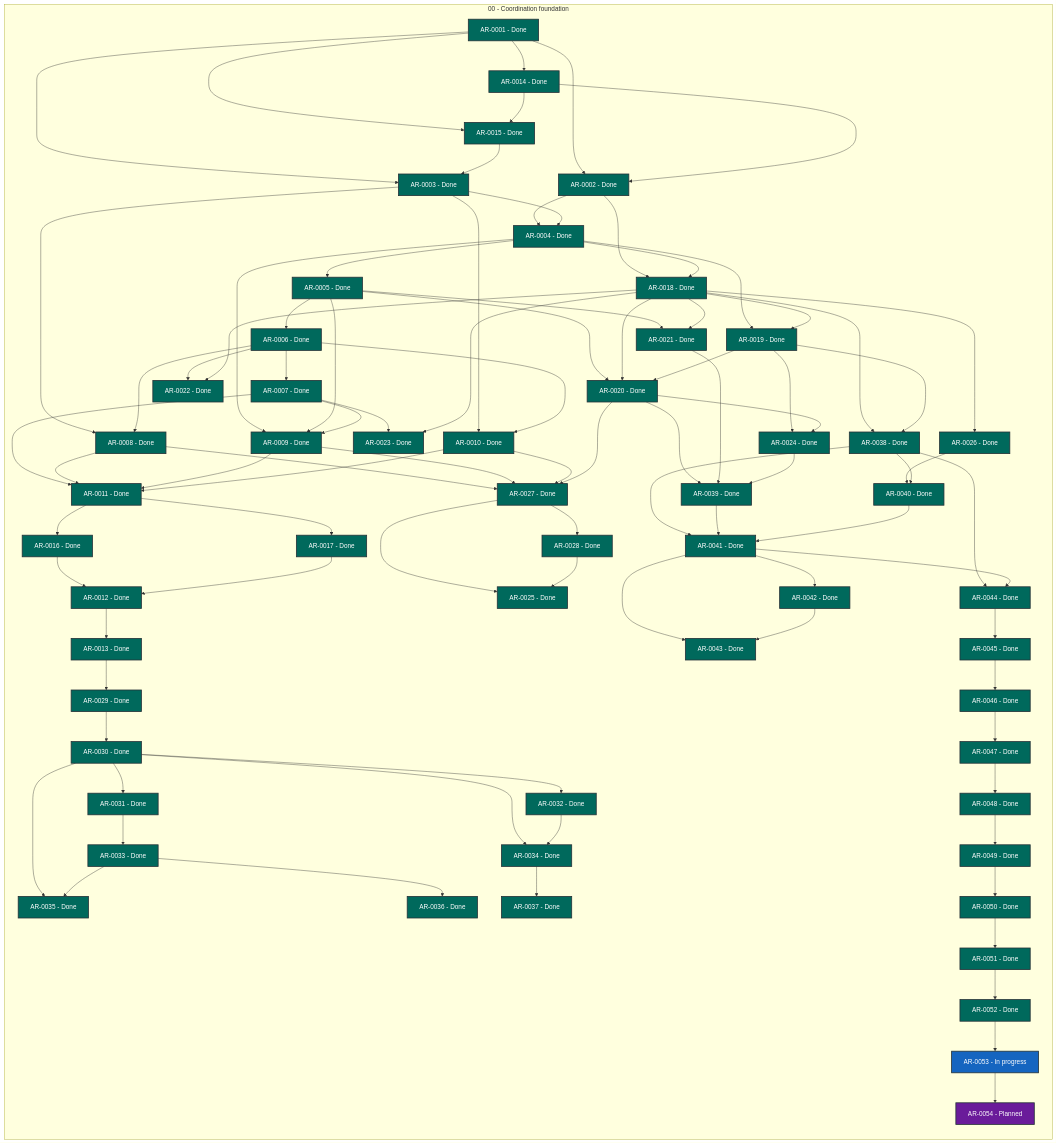
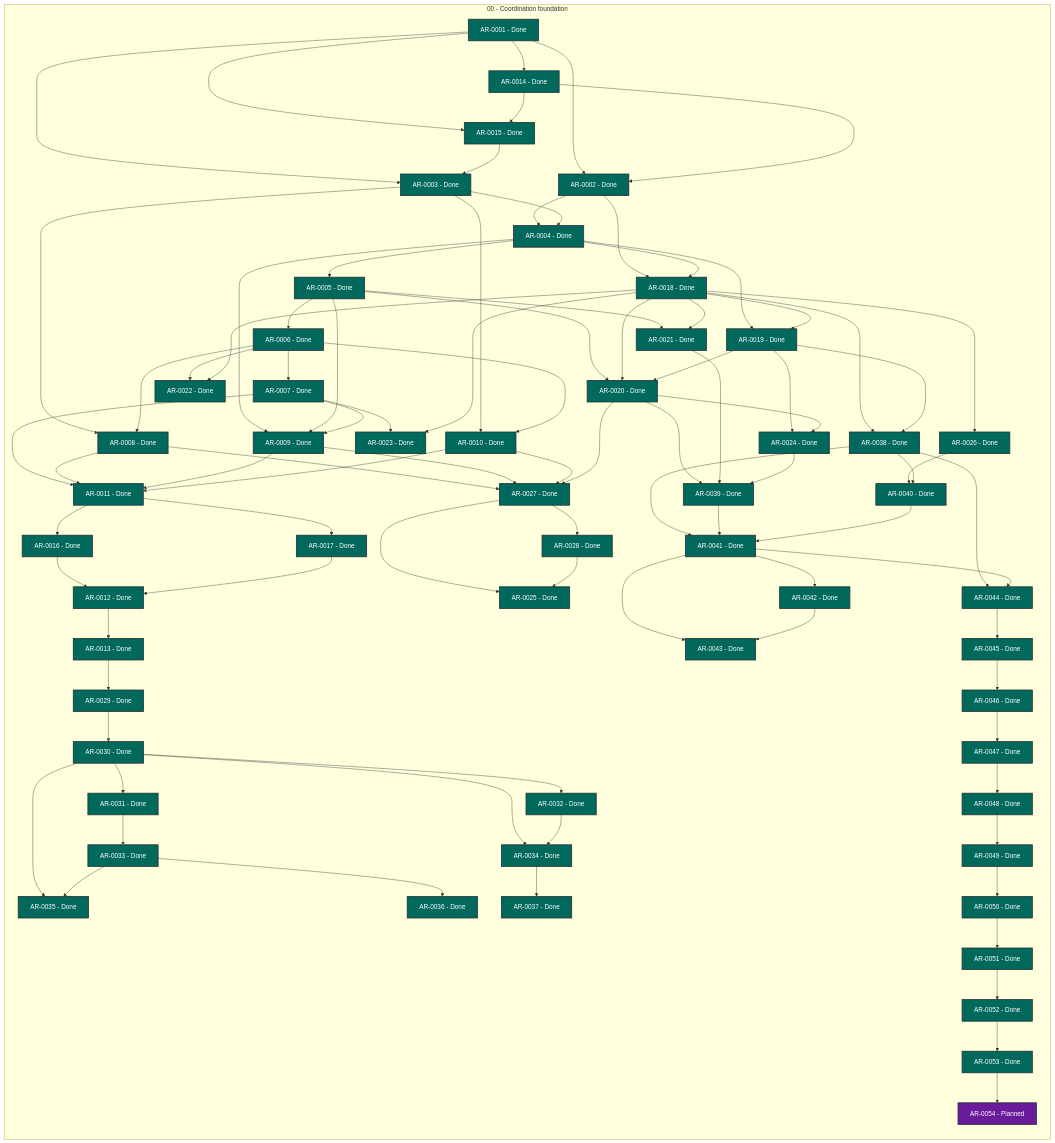
One commit to martin-beck/agent-workflow-tui-state changed the diagram in STATUS.md. Above: the diagram before and after it, drawn with Mermaid. The commit also changed other lines of this file and 2 other files, not shown here.

```diff
--- a/STATUS.md
+++ b/STATUS.md
@@ -80,7 +80,7 @@
         AR_0050["AR-0050 - Done"]:::status_done
         AR_0051["AR-0051 - Done"]:::status_done
         AR_0052["AR-0052 - Done"]:::status_done
-        AR_0053["AR-0053 - In progress"]:::status_in_progress
+        AR_0053["AR-0053 - Done"]:::status_done
         AR_0054["AR-0054 - Planned"]:::status_planned
     end
     AR_0001 --> AR_0002
```
